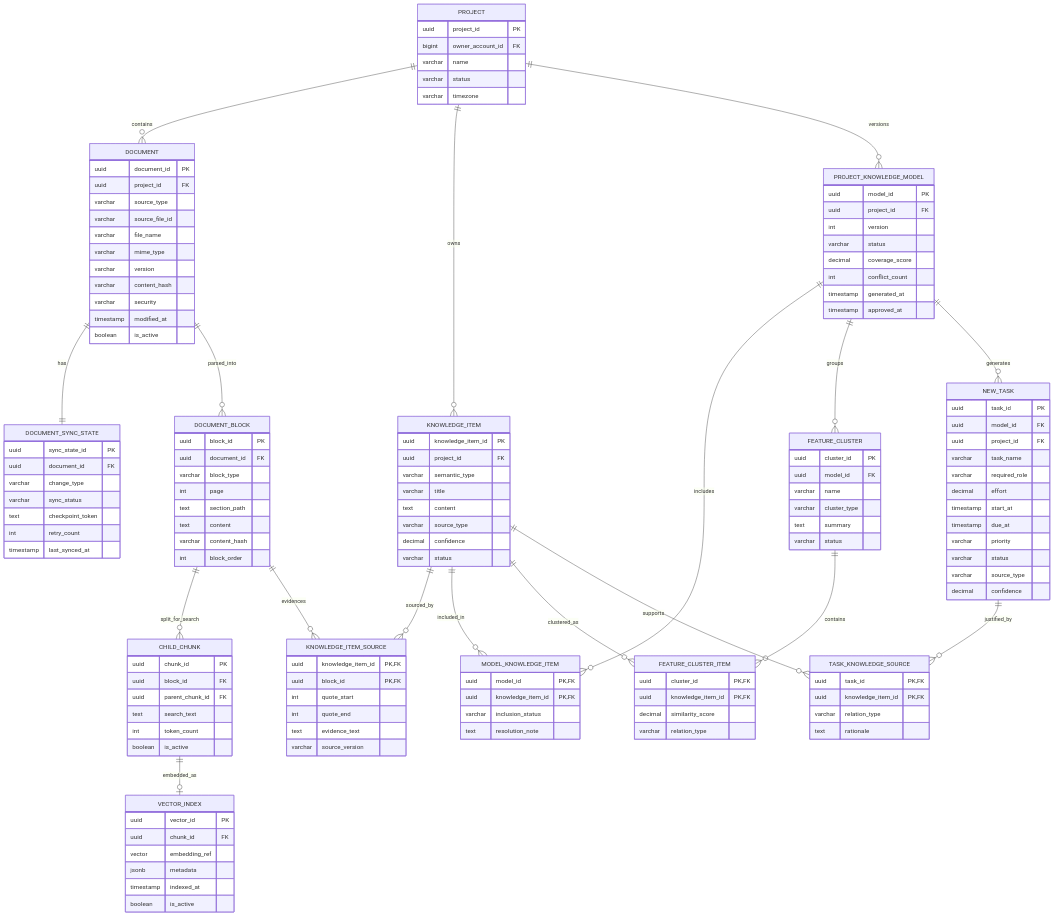
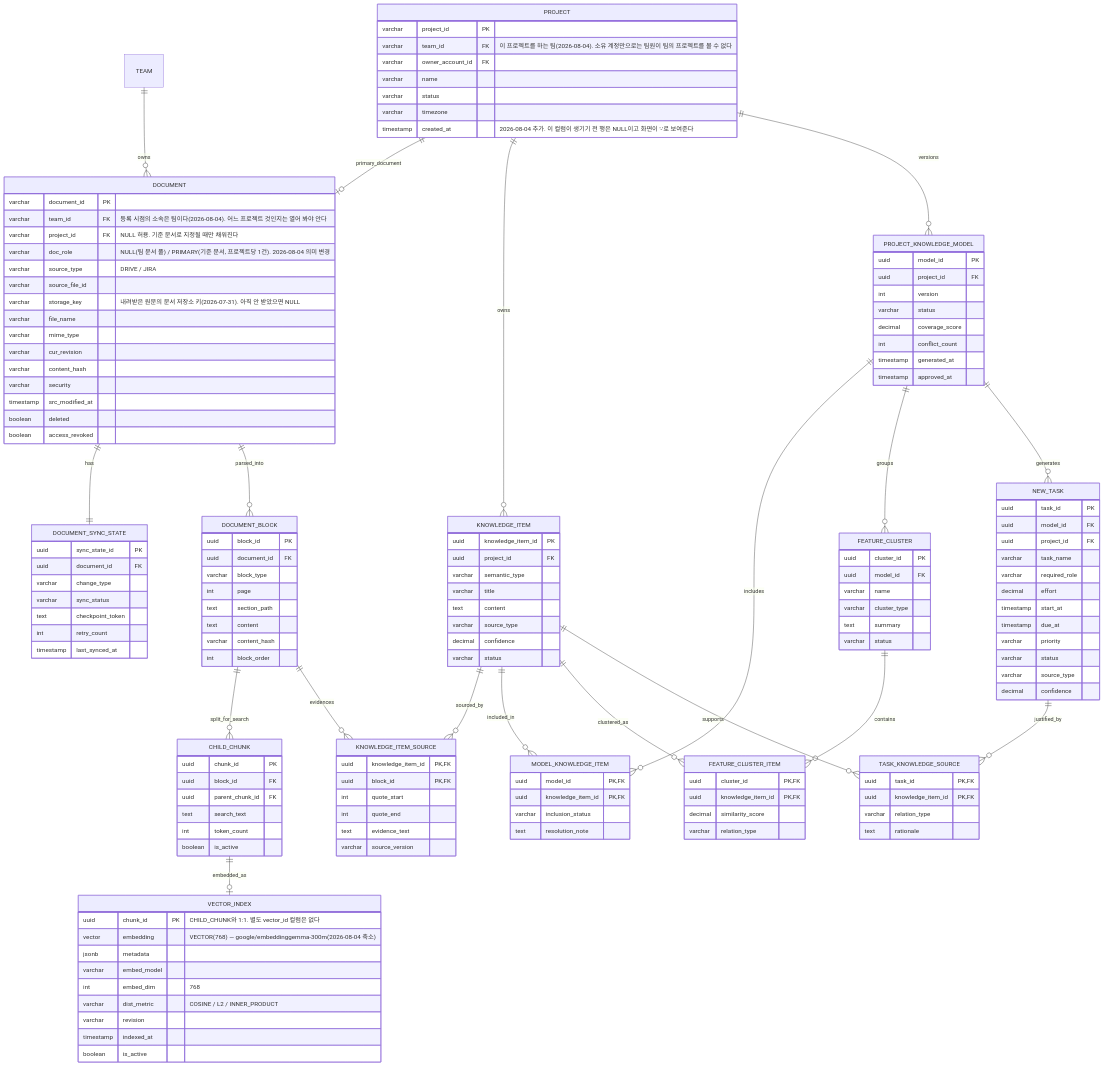
The first of 4 diagrams in docs/2_데이터모델/6. ERD.md (SKNETWORKS-FAMILY-AICAMP/SKN29-FINAL-2TEAM), drawn with Mermaid before and after one commit. The commit also changed other lines of this file and 7 other files, not shown here.

````diff
--- a/docs/2_데이터모델/6. ERD.md
+++ b/docs/2_데이터모델/6. ERD.md
@@ -11,6 +15,7 @@
 ```mermaid
 erDiagram
-    PROJECT ||--o{ DOCUMENT : contains
+    TEAM ||--o{ DOCUMENT : owns
+    PROJECT ||--o| DOCUMENT : primary_document
     DOCUMENT ||--|| DOCUMENT_SYNC_STATE : has
     DOCUMENT ||--o{ DOCUMENT_BLOCK : parsed_into
     DOCUMENT_BLOCK ||--o{ CHILD_CHUNK : split_for_search
@@ -32,24 +37,30 @@
     KNOWLEDGE_ITEM ||--o{ TASK_KNOWLEDGE_SOURCE : supports
 
     PROJECT {
-        uuid project_id PK
-        bigint owner_account_id FK
+        varchar project_id PK
+        varchar team_id FK "이 프로젝트를 하는 팀(2026-08-04). 소유 계정만으로는 팀원이 팀의 프로젝트를 볼 수 없다"
+        varchar owner_account_id FK
         varchar name
         varchar status
         varchar timezone
+        timestamp created_at "2026-08-04 추가. 이 컬럼이 생기기 전 행은 NULL이고 화면이 '-'로 보여준다"
     }
     DOCUMENT {
-        uuid document_id PK
-        uuid project_id FK
-        varchar source_type
+        varchar document_id PK
+        varchar team_id FK "등록 시점의 소속은 팀이다(2026-08-04). 어느 프로젝트 것인지는 열어 봐야 안다"
+        varchar project_id FK "NULL 허용. 기준 문서로 지정될 때만 채워진다"
+        varchar doc_role "NULL(팀 문서 풀) / PRIMARY(기준 문서, 프로젝트당 1건). 2026-08-04 의미 변경"
+        varchar source_type "DRIVE / JIRA"
         varchar source_file_id
+        varchar storage_key "내려받은 원문의 문서 저장소 키(2026-07-31). 아직 안 받았으면 NULL"
         varchar file_name
         varchar mime_type
-        varchar version
+        varchar cur_revision
         varchar content_hash
         varchar security
-        timestamp modified_at
-        boolean is_active
+        timestamp src_modified_at
+        boolean deleted
+        boolean access_revoked
     }
     DOCUMENT_SYNC_STATE {
         uuid sync_state_id PK
@@ -79,10 +90,13 @@
         boolean is_active
     }
     VECTOR_INDEX {
-        uuid vector_id PK
-        uuid chunk_id FK
-        vector embedding_ref
+        uuid chunk_id PK "CHILD_CHUNK와 1:1. 별도 vector_id 컬럼은 없다"
+        vector embedding "VECTOR(768) — google/embeddinggemma-300m(2026-08-04 축소)"
         jsonb metadata
+        varchar embed_model
+        int embed_dim "768"
+        varchar dist_metric "COSINE / L2 / INNER_PRODUCT"
+        varchar revision
         timestamp indexed_at
         boolean is_active
     }
````
